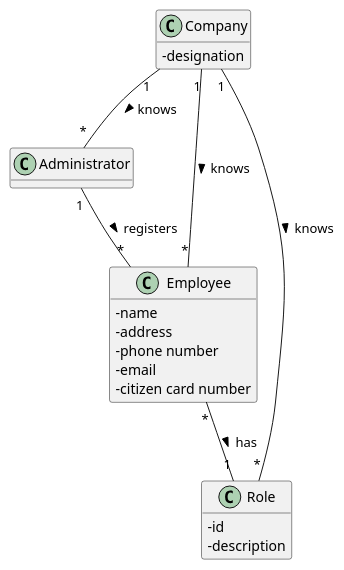
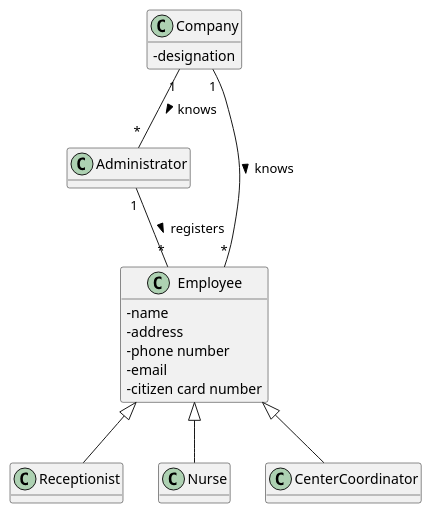
The diagram in docs/SprintB/US10/DM/US10_DM.puml (miseEnPlace-i/lapr2), drawn with PlantUML before and after one commit.

Commit message:
docs(us-10): updated dm: deleted role class

```diff
--- a/docs/SprintB/US10/DM/US10_DM.puml
+++ b/docs/SprintB/US10/DM/US10_DM.puml
@@ -1,31 +1,36 @@
 @startuml US10_DM
 hide methods
 skinparam classAttributeIconSize 0
 
 class Company {
   -designation
 }
 
 class Administrator {
 }
 
-class Role {
-  -id
-  -description
+class Receptionist {  
+}
+
+class Nurse {
+}
+
+class CenterCoordinator {
 }
 
 class Employee {
   -name
   -address
   -phone number
   -email
   -citizen card number
 }
 
 Company "1" -- "*" Administrator : knows >
-Company "1" -- "*" Role : knows >
 Company "1" -- "*" Employee : knows >
 Administrator "1" -- "*" Employee : registers >
-Employee "*" -- "1" Role : has >
+Employee <|-- Receptionist
+Employee <|-- Nurse
+Employee <|-- CenterCoordinator
 
 @enduml
```
